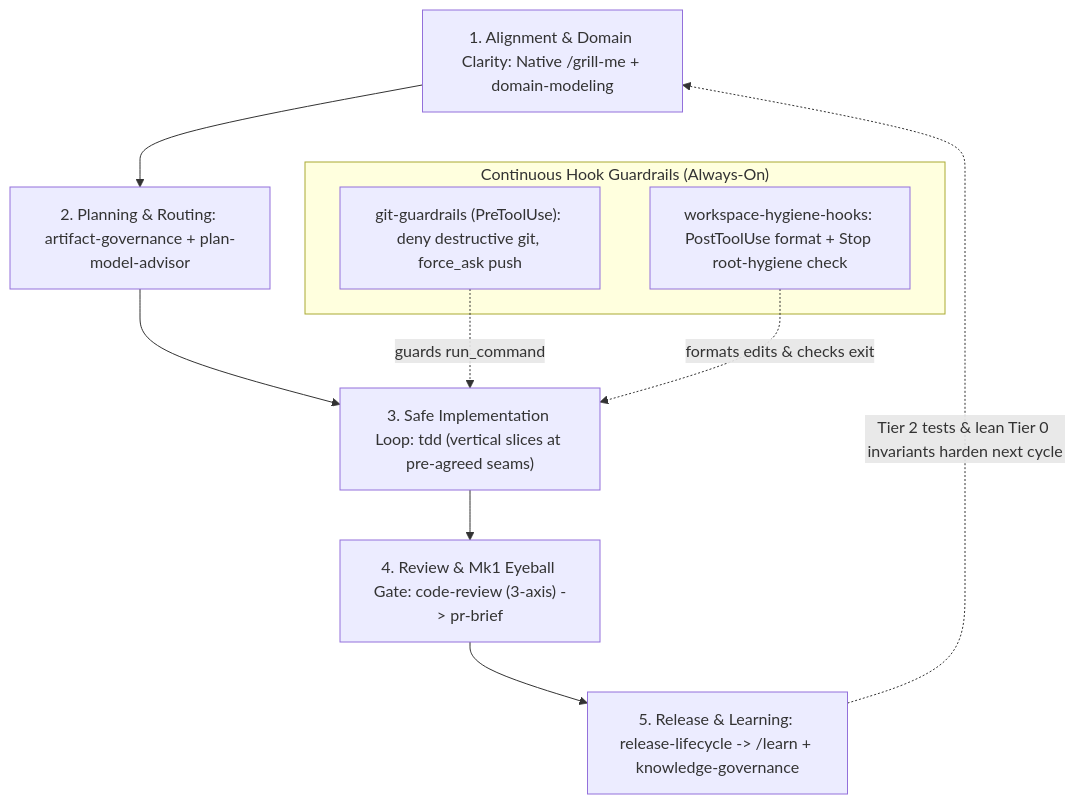
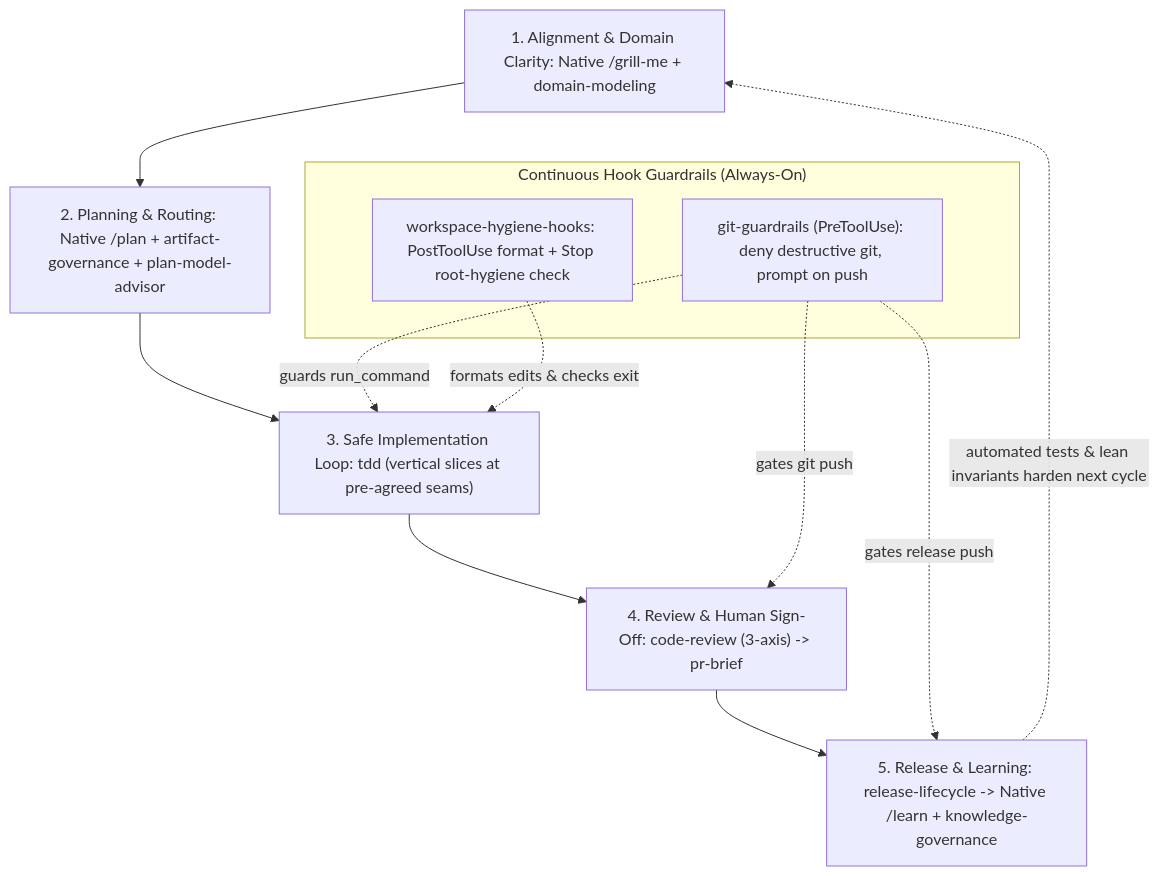
Before and after one commit to artibyrd/antigravity-customizations: the diagram in docs/agentic-pair-programming-protocol.md, drawn with Mermaid. The commit also changed other lines of this file and 5 other files, not shown here.

````diff
--- a/docs/agentic-pair-programming-protocol.md
+++ b/docs/agentic-pair-programming-protocol.md
@@ -13,18 +16,20 @@
 ```mermaid
 flowchart TD
     S1["1. Alignment & Domain Clarity: Native /grill-me + domain-modeling"]
-    S2["2. Planning & Routing: artifact-governance + plan-model-advisor"]
+    S2["2. Planning & Routing: Native /plan + artifact-governance + plan-model-advisor"]
     S3["3. Safe Implementation Loop: tdd (vertical slices at pre-agreed seams)"]
-    S4["4. Review & Mk1 Eyeball Gate: code-review (3-axis) -> pr-brief"]
-    S5["5. Release & Learning: release-lifecycle -> /learn + knowledge-governance"]
+    S4["4. Review & Human Sign-Off: code-review (3-axis) -> pr-brief"]
+    S5["5. Release & Learning: release-lifecycle -> Native /learn + knowledge-governance"]
 
     subgraph Guardrails["Continuous Hook Guardrails (Always-On)"]
-        H1["git-guardrails (PreToolUse): deny destructive git, force_ask push"]
+        H1["git-guardrails (PreToolUse): deny destructive git, prompt on push"]
         H2["workspace-hygiene-hooks: PostToolUse format + Stop root-hygiene check"]
     end
 
     S1 --> S2 --> S3 --> S4 --> S5
     H1 -. "guards run_command" .-> S3
+    H1 -. "gates git push" .-> S4
+    H1 -. "gates release push" .-> S5
     H2 -. "formats edits & checks exit" .-> S3
-    S5 -. "Tier 2 tests & lean Tier 0 invariants harden next cycle" .-> S1
+    S5 -. "automated tests & lean invariants harden next cycle" .-> S1
 ```
````
